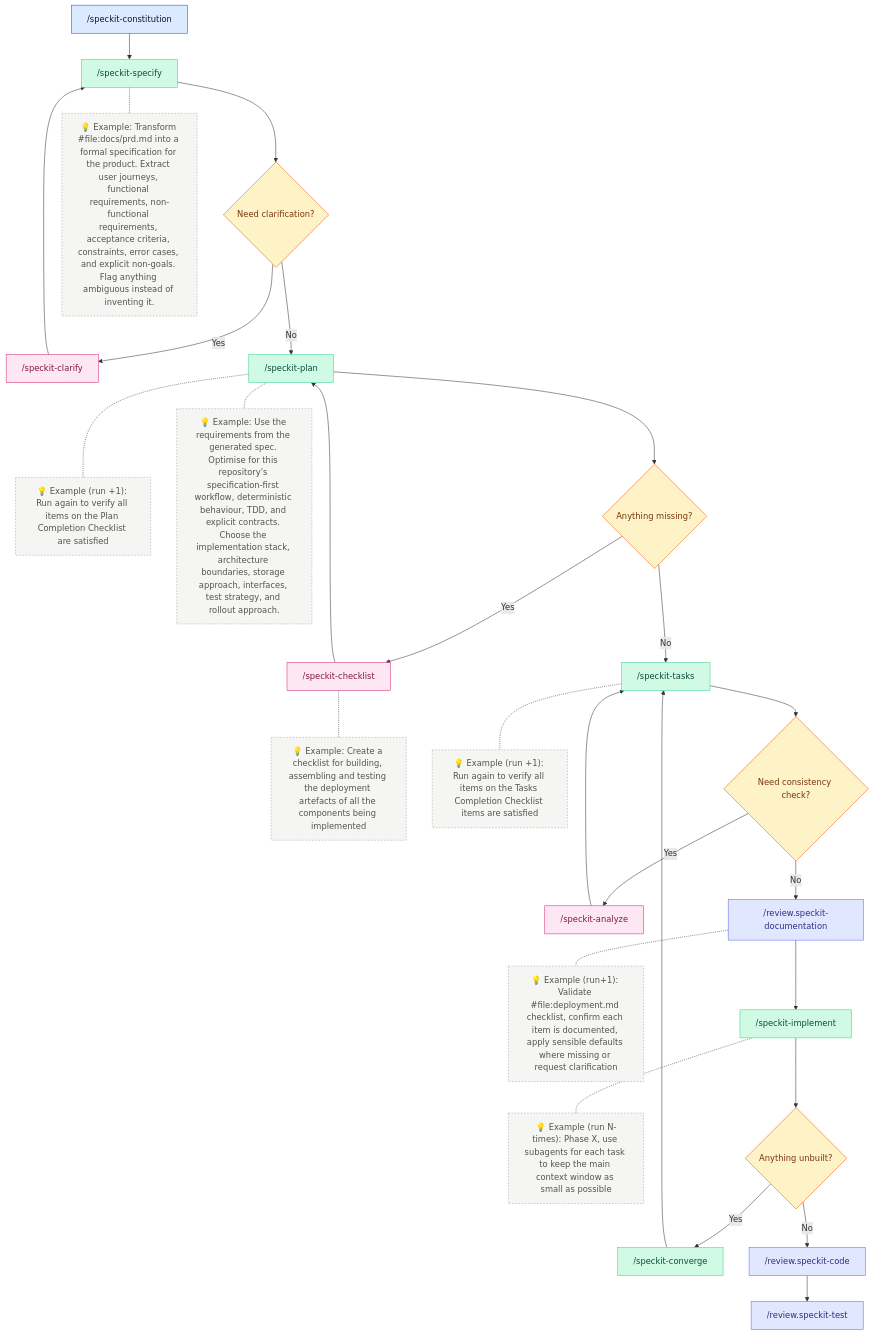
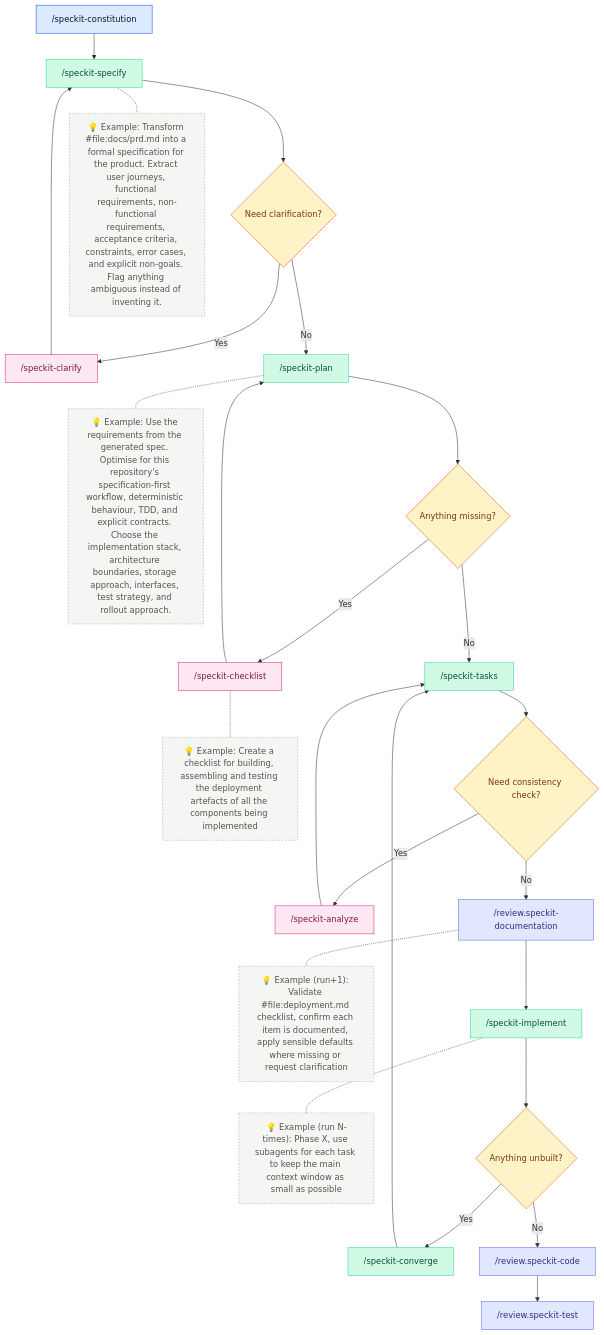
The second of 2 diagrams in docs/architecture.md (stefaniuk/loadout), drawn with Mermaid before and after one commit. The commit also changed other lines of this file and 32 other files, not shown here.

````diff
--- a/docs/architecture.md
+++ b/docs/architecture.md
@@ -112,46 +117,44 @@
 ```mermaid
 flowchart TD
   constitution["/speckit-constitution"] --> specify["/speckit-specify"]
 
   specify --> needClarification{Need clarification?}
   specify -.- specifyNote["💡 Example: Transform #file:docs/prd.md into a formal specification for the product. Extract user journeys, functional requirements, non-functional requirements, acceptance criteria, constraints, error cases, and explicit non-goals. Flag anything ambiguous instead of inventing it."]
   needClarification -- Yes --> clarify["/speckit-clarify"]
   clarify --> specify
   needClarification -- No --> plan["/speckit-plan"]
-  plan -.- planNote["💡 Example (run +1): Run again to verify all items on the Plan Completion Checklist are satisfied"]
   plan -.- planNote2["💡 Example: Use the requirements from the generated spec. Optimise for this repository's specification-first workflow, deterministic behaviour, TDD, and explicit contracts. Choose the implementation stack, architecture boundaries, storage approach, interfaces, test strategy, and rollout approach."]
 
   plan --> domainCoverage{Anything missing?}
   domainCoverage -- Yes --> checklist["/speckit-checklist"]
   checklist --> plan
   checklist -.- checklistNote["💡 Example: Create a checklist for building, assembling and testing the deployment artefacts of all the components being implemented"]
   domainCoverage -- No --> tasks["/speckit-tasks"]
-  tasks -.- tasksNote["💡 Example (run +1): Run again to verify all items on the Tasks Completion Checklist items are satisfied"]
 
   tasks --> consistency{Need consistency check?}
   consistency -- Yes --> analyze["/speckit-analyze"]
   analyze --> tasks
   consistency -- No --> reviewDocs["/review.speckit-documentation"]
   reviewDocs -.- reviewDocsNote["💡 Example (run+1): Validate #file:deployment.md checklist, confirm each item is documented, apply sensible defaults where missing or request clarification"]
   reviewDocs --> implement["/speckit-implement"]
   implement -.- implementNote["💡 Example (run N-times): Phase X, use subagents for each task to keep the main context window as small as possible"]
   implement --> anythingUnbuilt{Anything unbuilt?}
   anythingUnbuilt -- Yes --> converge["/speckit-converge"]
   converge --> tasks
   anythingUnbuilt -- No --> reviewCode["/review.speckit-code"]
   reviewCode --> reviewTest["/review.speckit-test"]
 
   classDef source fill:#dbeafe,stroke:#1d4ed8,color:#0f172a,stroke-width:1px;
   classDef action fill:#d1fae5,stroke:#34d399,color:#064e3b,stroke-width:1px;
   classDef question fill:#fef3c7,stroke:#ea580c,color:#78350f,stroke-width:1px;
   classDef review fill:#fce7f3,stroke:#db2777,color:#831843,stroke-width:1px;
   classDef docReview fill:#e0e7ff,stroke:#6366f1,color:#312e81,stroke-width:1px;
   classDef note fill:#f5f5f4,stroke:#a8a29e,color:#57534e,stroke-width:1px,stroke-dasharray:3;
 
   class constitution source;
   class specify,plan,tasks,implement,converge action;
   class needClarification,domainCoverage,consistency,anythingUnbuilt question;
   class clarify,checklist,analyze review;
   class reviewDocs,reviewCode,reviewTest docReview;
   class specifyNote,checklistNote,planNote,planNote2,tasksNote,implementNote,reviewDocsNote note;
 ```
````
